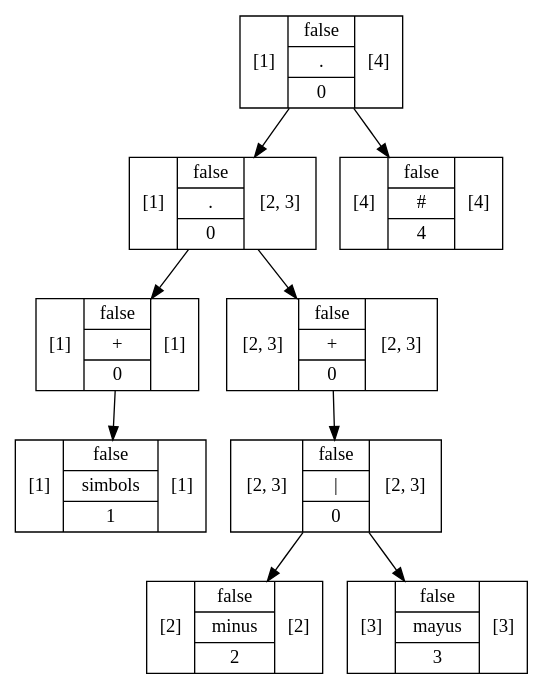
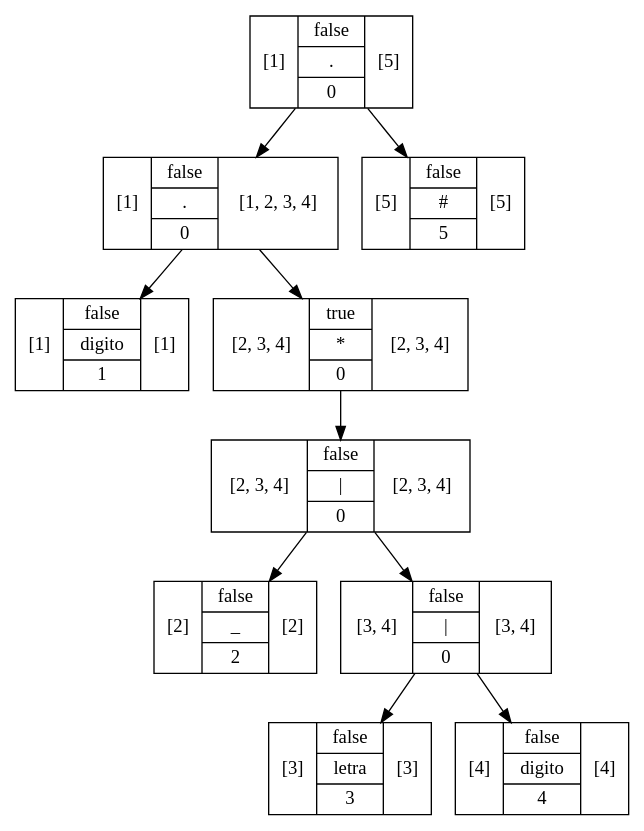
The diagram in out/production/Proyecto1/Graphviz/Arbol5.dot (RojasCJP/Proyecto1_Compi1), drawn with Graphviz before and after one commit. The commit also changed 276 other files, not shown here.

```diff
--- a/out/production/Proyecto1/Graphviz/Arbol5.dot
+++ b/out/production/Proyecto1/Graphviz/Arbol5.dot
@@ -1,19 +1,21 @@
 digraph structs {
-    node [shape=record];ArbolNodoMetodo37494cc9[label="[1]|{false|{simbols}|1}|[1]"];
-ArbolNodoMetodo3b6e3486[label="[1]|{false|{+}|0}|[1]"];
-ArbolNodoMetodo3b6e3486 -> ArbolNodoMetodo37494cc9;
-ArbolNodoMetodo6166bf77[label="[2]|{false|{minus}|2}|[2]"];
-ArbolNodoMetodo63a1d200[label="[3]|{false|{mayus}|3}|[3]"];
-ArbolNodoMetodo1e73e5b9[label="[2, 3]|{false|{\|}|0}|[2, 3]"];
-ArbolNodoMetodo1e73e5b9 -> ArbolNodoMetodo6166bf77;
-ArbolNodoMetodo1e73e5b9 -> ArbolNodoMetodo63a1d200;
-ArbolNodoMetodo547328f5[label="[2, 3]|{false|{+}|0}|[2, 3]"];
-ArbolNodoMetodo547328f5 -> ArbolNodoMetodo1e73e5b9;
-ArbolNodoMetodo3aa80b[label="[1]|{false|{.}|0}|[2, 3]"];
-ArbolNodoMetodo3aa80b -> ArbolNodoMetodo3b6e3486;
-ArbolNodoMetodo3aa80b -> ArbolNodoMetodo547328f5;
-ArbolNodoMetodo6de64bde[label="[4]|{false|{#}|4}|[4]"];
-ArbolNodoMetodo6c3925f6[label="[1]|{false|{.}|0}|[4]"];
-ArbolNodoMetodo6c3925f6 -> ArbolNodoMetodo3aa80b;
-ArbolNodoMetodo6c3925f6 -> ArbolNodoMetodo6de64bde;
+    node [shape=record];ArbolNodoMetodo9ac87c3[label="[1]|{false|{digito}|1}|[1]"];
+ArbolNodoMetodo6f8159e8[label="[2]|{false|{_}|2}|[2]"];
+ArbolNodoMetodoef36837[label="[3]|{false|{letra}|3}|[3]"];
+ArbolNodoMetodo65ea9789[label="[4]|{false|{digito}|4}|[4]"];
+ArbolNodoMetodo8158668[label="[3, 4]|{false|{\|}|0}|[3, 4]"];
+ArbolNodoMetodo8158668 -> ArbolNodoMetodoef36837;
+ArbolNodoMetodo8158668 -> ArbolNodoMetodo65ea9789;
+ArbolNodoMetodo6d3ec09b[label="[2, 3, 4]|{false|{\|}|0}|[2, 3, 4]"];
+ArbolNodoMetodo6d3ec09b -> ArbolNodoMetodo6f8159e8;
+ArbolNodoMetodo6d3ec09b -> ArbolNodoMetodo8158668;
+ArbolNodoMetodo7899bfdb[label="[2, 3, 4]|{true|{*}|0}|[2, 3, 4]"];
+ArbolNodoMetodo7899bfdb -> ArbolNodoMetodo6d3ec09b;
+ArbolNodoMetodo497e299e[label="[1]|{false|{.}|0}|[1, 2, 3, 4]"];
+ArbolNodoMetodo497e299e -> ArbolNodoMetodo9ac87c3;
+ArbolNodoMetodo497e299e -> ArbolNodoMetodo7899bfdb;
+ArbolNodoMetodo6d7cc01f[label="[5]|{false|{#}|5}|[5]"];
+ArbolNodoMetodo765def33[label="[1]|{false|{.}|0}|[5]"];
+ArbolNodoMetodo765def33 -> ArbolNodoMetodo497e299e;
+ArbolNodoMetodo765def33 -> ArbolNodoMetodo6d7cc01f;
 }
```
